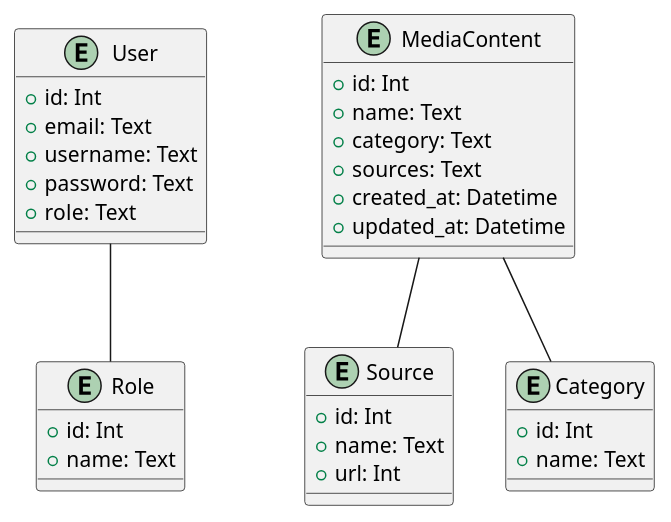
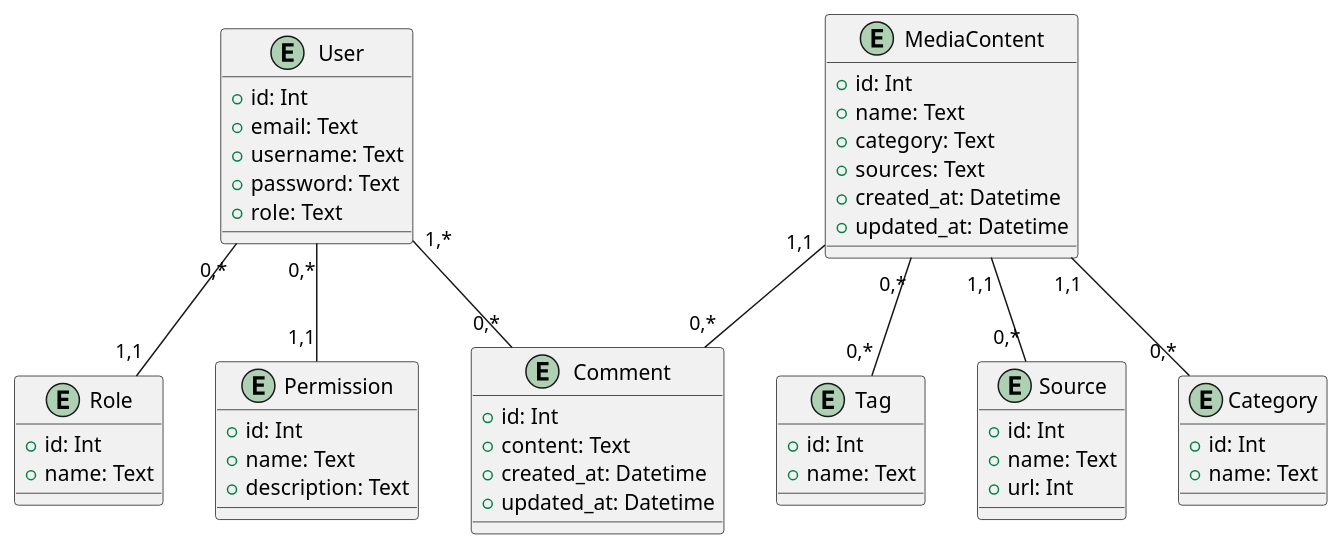
One commit to ypapish/database-course-work changed the second of 2 diagrams in docs/ua/design/index.md. Above: the diagram before and after it, drawn with PlantUML. The commit also changed other lines of this file and 1 other file, not shown here.

```diff
--- a/docs/ua/design/index.md
+++ b/docs/ua/design/index.md
@@ -66,40 +96,61 @@
 @startuml
-
-   entity "Role" {
+entity "Role" {
     + id: Int 
     + name: Text
   }
+
+entity "Comment" {
+    + id: Int
+    + content: Text 
+    + created_at: Datetime
+    + updated_at: Datetime
+  }
+ 
+entity "Tag" {
+    + id: Int
+    + name: Text
+  }
+
+entity "Permission" {
+  + id: Int
+  + name: Text
+  + description: Text
+}
   
-     entity "User" {
+entity "User" {
     + id: Int
     + email: Text
     + username: Text
     + password: Text
     + role: Text
   }
   
-     entity "Source" {
+entity "Source" {
     + id: Int
     + name: Text
     + url: Int
   }
 
-   entity "MediaContent" {
+entity "MediaContent" {
     + id: Int
     + name: Text
     + category: Text  
     + sources: Text
     + created_at: Datetime 
     + updated_at: Datetime 
   }
   
     entity "Category" {
     + id: Int
     + name: Text
   }
   
-  User -- Role
-  MediaContent -- Source
-  MediaContent -- Category
+User "0,*" -d- "1,1" Role
+User "0,*" -d- "1,1" Permission
+User "1,*" -d- "0,*" Comment
+MediaContent "1,1" -d- "0,*" Category
+MediaContent "1,1" -d- "0,*" Source
+MediaContent "0,*" -d- "0,*" Tag
+MediaContent "1,1" -d- "0,*" Comment
 
 @enduml
```
